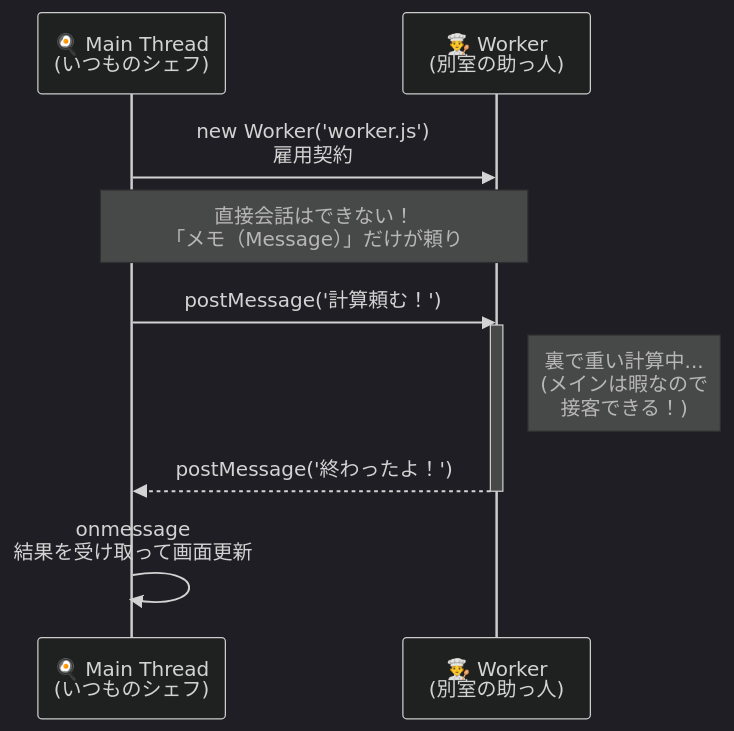
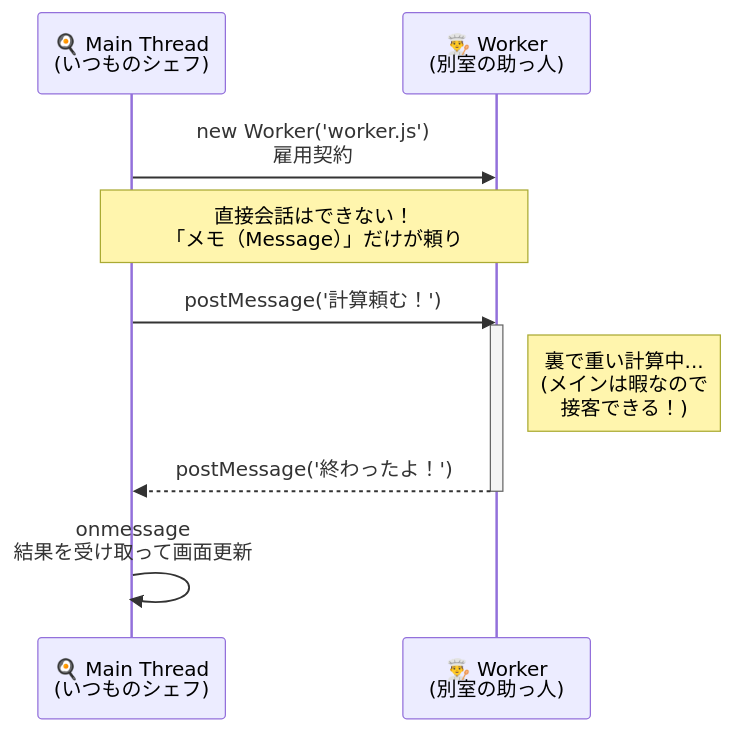
The diagram in D14.md (komiyamma/site_ichika_study_async_await_fetch), drawn with Mermaid before and after one commit. The commit also changed 103 other files, not shown here.

````diff
--- a/D14.md
+++ b/D14.md
@@ -41,19 +41,18 @@
 ```mermaid
 sequenceDiagram
-    %%{init: {'theme': 'dark'} }%%
     participant Main as 🍳 Main Thread<br>(いつものシェフ)
     participant Worker as 👨‍🍳 Worker<br>(別室の助っ人)
 
     Main->>Worker: new Worker('worker.js')<br>雇用契約
     
     Note over Main, Worker: 直接会話はできない！<br>「メモ（Message）」だけが頼り
     
     Main->>Worker: postMessage('計算頼む！')
     
     activate Worker
     Note right of Worker: 裏で重い計算中...<br>(メインは暇なので<br>接客できる！)
     Worker-->>Main: postMessage('終わったよ！')
     deactivate Worker
     
     Main->>Main: onmessage<br>結果を受け取って画面更新
 ```
````
